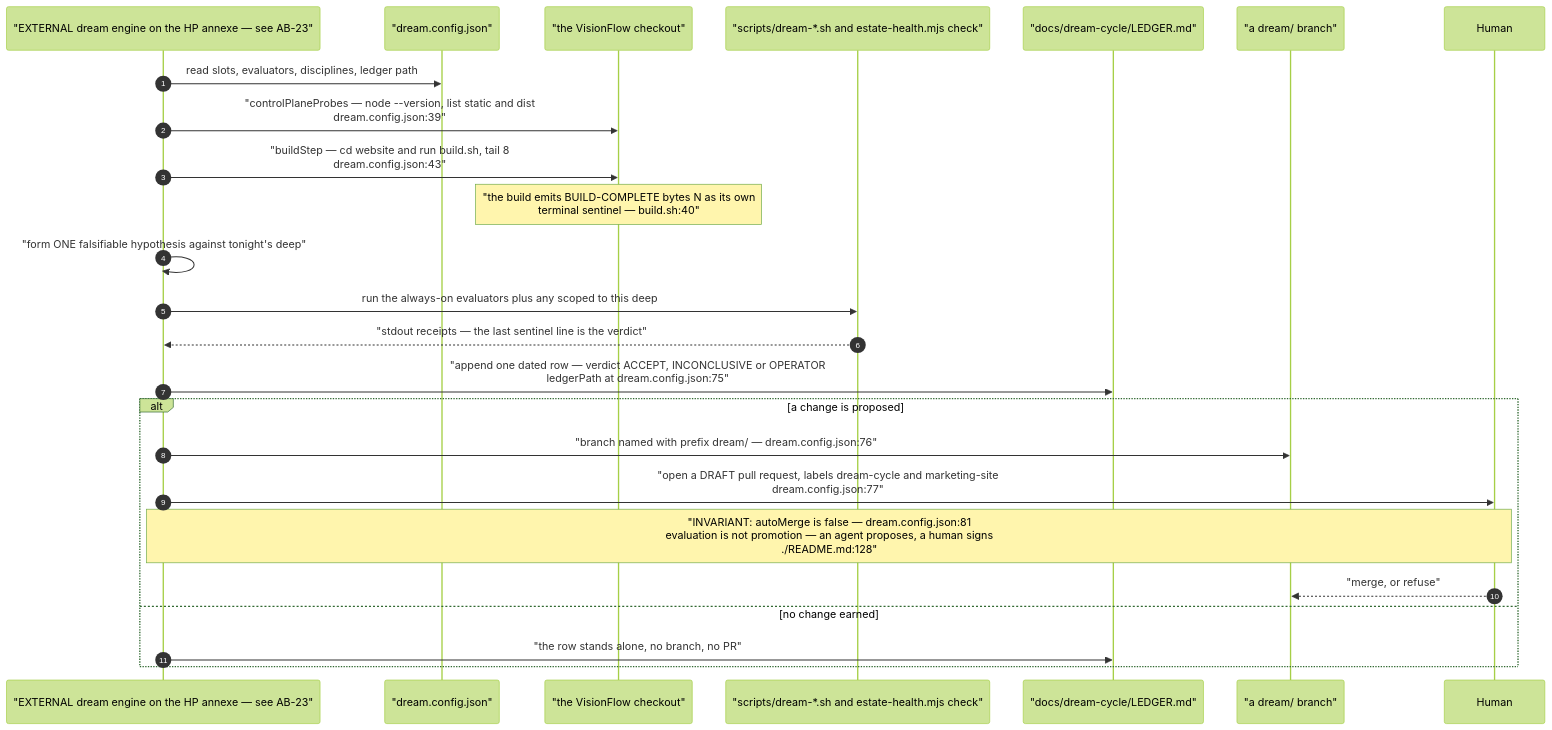
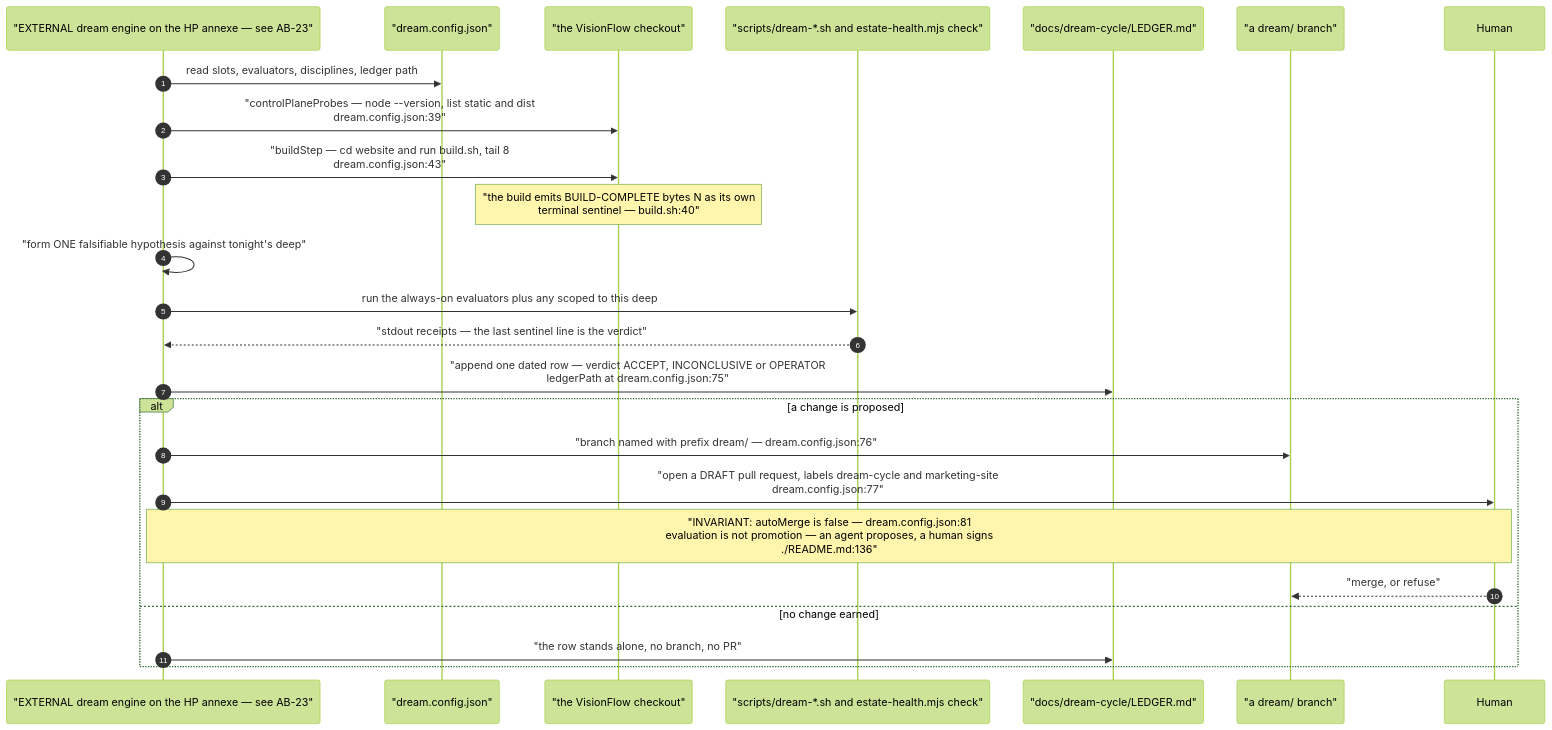
Before and after one commit to DreamLab-AI/VisionFlow: the fifth of 9 diagrams in docs/diagrams/visionflow/04-dream-cycle-integration.md, drawn with Mermaid (forest theme). The commit also changed other lines of this file and 94 other files, not shown here.

First line of the commit message:
docs(diagrams): re-verify 130 topics against 2 October HEADs

````diff
--- a/docs/diagrams/visionflow/04-dream-cycle-integration.md
+++ b/docs/diagrams/visionflow/04-dream-cycle-integration.md
@@ -156,28 +156,28 @@
 ```mermaid
 sequenceDiagram
     autonumber
     participant ENG as "EXTERNAL dream engine on the HP annexe — see AB-23"
     participant CFG as "dream.config.json"
     participant REPO as "the VisionFlow checkout"
     participant EV as "scripts/dream-*.sh and estate-health.mjs check"
     participant LED as "docs/dream-cycle/LEDGER.md"
     participant BR as "a dream/ branch"
     participant H as Human
 
     ENG->>CFG: read slots, evaluators, disciplines, ledger path
     ENG->>REPO: "controlPlaneProbes — node --version, list static and dist<br/>dream.config.json:39"
     ENG->>REPO: "buildStep — cd website and run build.sh, tail 8<br/>dream.config.json:43"
     Note over REPO: "the build emits BUILD-COMPLETE bytes N as its own<br/>terminal sentinel — build.sh:40"
     ENG->>ENG: "form ONE falsifiable hypothesis against tonight's deep"
     ENG->>EV: run the always-on evaluators plus any scoped to this deep
     EV-->>ENG: "stdout receipts — the last sentinel line is the verdict"
     ENG->>LED: "append one dated row — verdict ACCEPT, INCONCLUSIVE or OPERATOR<br/>ledgerPath at dream.config.json:75"
     alt a change is proposed
         ENG->>BR: "branch named with prefix dream/ — dream.config.json:76"
         ENG->>H: "open a DRAFT pull request, labels dream-cycle and marketing-site<br/>dream.config.json:77"
-        Note over ENG,H: "INVARIANT: autoMerge is false — dream.config.json:81<br/>evaluation is not promotion — an agent proposes, a human signs<br/>./README.md:128"
+        Note over ENG,H: "INVARIANT: autoMerge is false — dream.config.json:81<br/>evaluation is not promotion — an agent proposes, a human signs<br/>./README.md:136"
         H-->>BR: "merge, or refuse"
     else no change earned
         ENG->>LED: "the row stands alone, no branch, no PR"
     end
 ```
````
